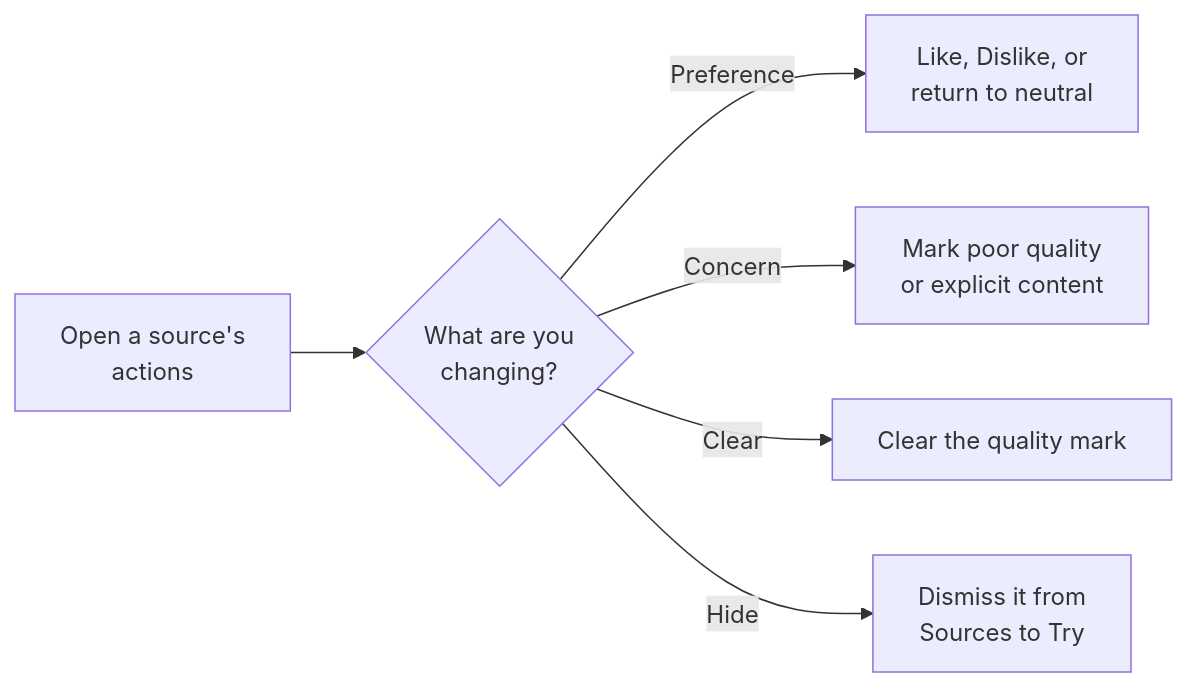
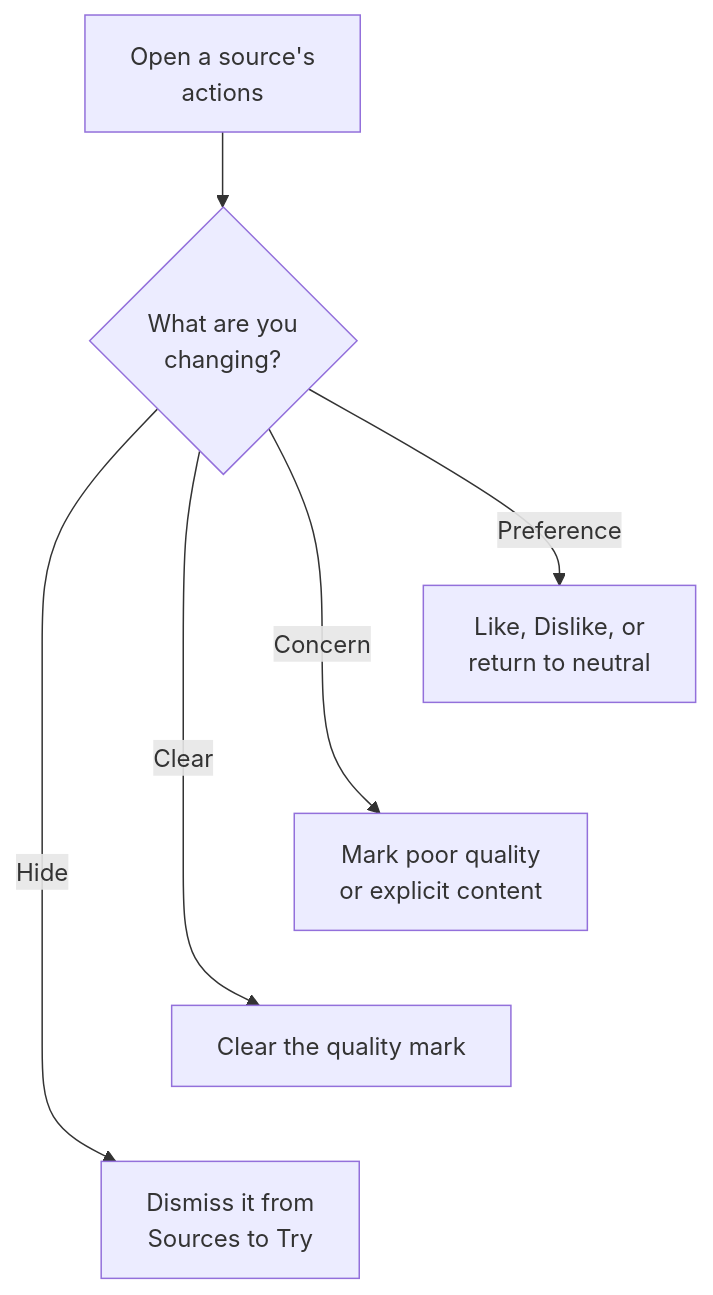
The fourth of 4 diagrams in docs/kmk/feature-guides/sources.md (FancyCorey/komikku-fc), drawn with Mermaid before and after one commit. The commit also changed other lines of this file and 29 other files, not shown here.

````diff
--- a/docs/kmk/feature-guides/sources.md
+++ b/docs/kmk/feature-guides/sources.md
@@ -78,8 +82,12 @@
 ```mermaid
-flowchart LR
+flowchart TD
     Row["Open a source's<br/>actions"] --> Choice{"What are you<br/>changing?"}
     Choice -->|Preference| Preference["Like, Dislike, or<br/>return to neutral"]
     Choice -->|Concern| Quality["Mark poor quality<br/>or explicit content"]
     Choice -->|Clear| Clear["Clear the quality mark"]
     Choice -->|Hide| Dismiss["Dismiss it from<br/>Sources to Try"]
+    %% Stack independent choices vertically for narrow screens.
+    Preference ~~~ Quality
+    Quality ~~~ Clear
+    Clear ~~~ Dismiss
 ```
````
